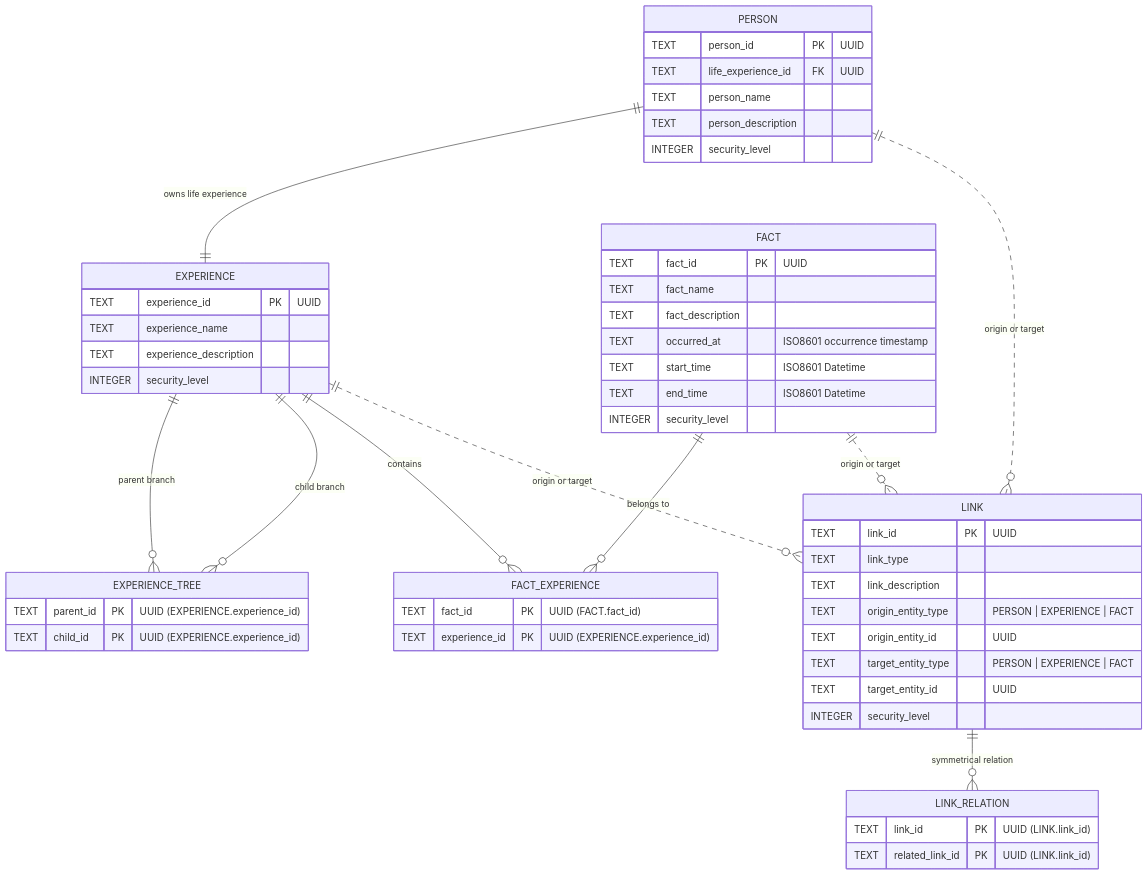
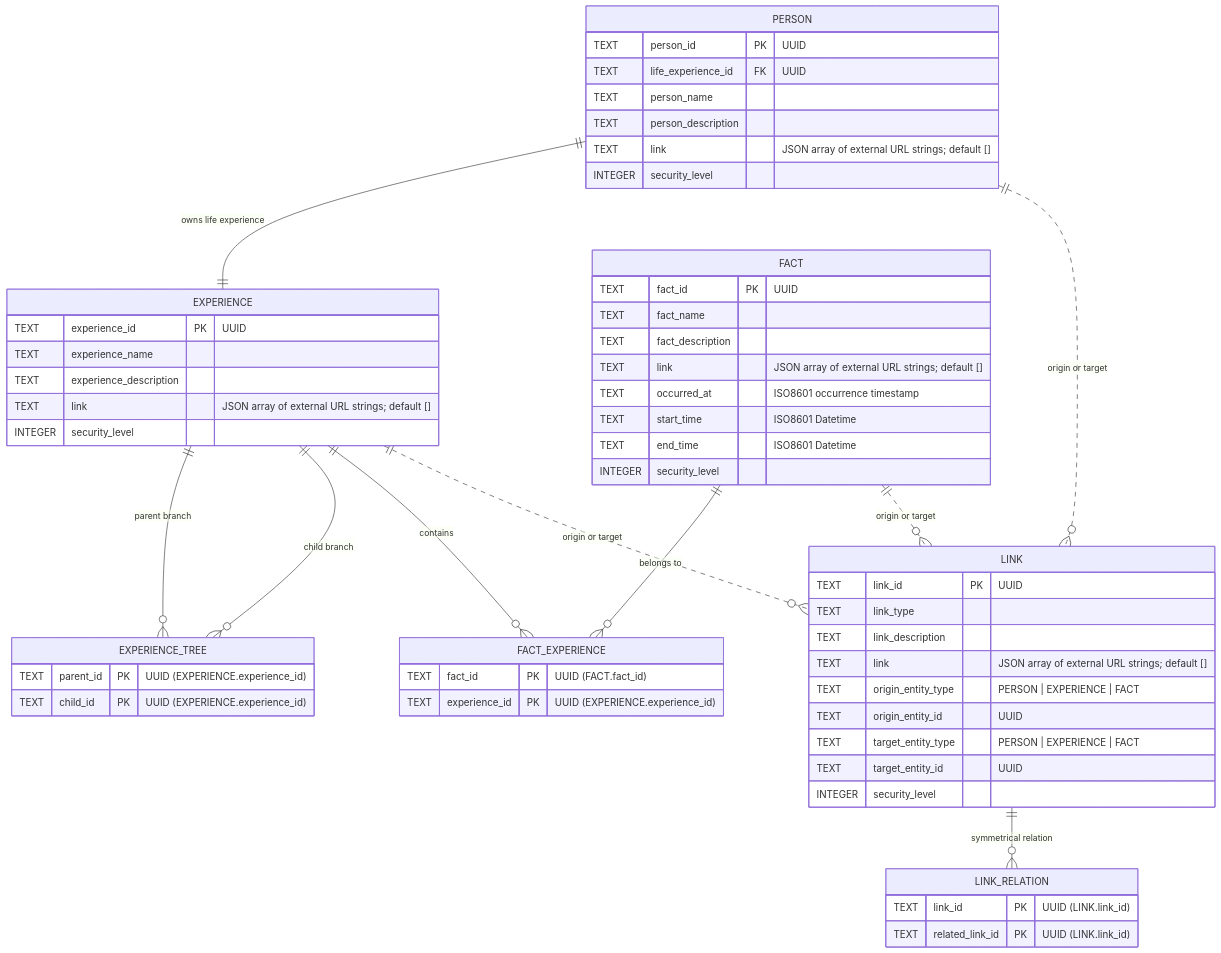
The diagram in docs/arch/00-hasm-model-structure.md (HibiyaHaraki/hasm), drawn with Mermaid before and after one commit. The commit also changed other lines of this file and 32 other files, not shown here.

````diff
--- a/docs/arch/00-hasm-model-structure.md
+++ b/docs/arch/00-hasm-model-structure.md
@@ -53,64 +57,68 @@
 ```mermaid
 erDiagram
     PERSON {
         TEXT person_id PK "UUID"
         TEXT life_experience_id FK "UUID"
         TEXT person_name
         TEXT person_description
+        TEXT link "JSON array of external URL strings; default []"
         INTEGER security_level
     }
 
     EXPERIENCE {
         TEXT experience_id PK "UUID"
         TEXT experience_name
         TEXT experience_description
+        TEXT link "JSON array of external URL strings; default []"
         INTEGER security_level
     }
 
     EXPERIENCE_TREE {
         TEXT parent_id PK "UUID (EXPERIENCE.experience_id)"
         TEXT child_id PK "UUID (EXPERIENCE.experience_id)"
     }
 
     FACT {
         TEXT fact_id PK "UUID"
         TEXT fact_name
         TEXT fact_description
+        TEXT link "JSON array of external URL strings; default []"
         TEXT occurred_at "ISO8601 occurrence timestamp"
         TEXT start_time "ISO8601 Datetime"
         TEXT end_time "ISO8601 Datetime"
         INTEGER security_level
     }
 
     FACT_EXPERIENCE {
         TEXT fact_id PK "UUID (FACT.fact_id)"
         TEXT experience_id PK "UUID (EXPERIENCE.experience_id)"
     }
 
     LINK {
         TEXT link_id PK "UUID"
         TEXT link_type
         TEXT link_description
+        TEXT link "JSON array of external URL strings; default []"
         TEXT origin_entity_type "PERSON | EXPERIENCE | FACT"
         TEXT origin_entity_id "UUID"
         TEXT target_entity_type "PERSON | EXPERIENCE | FACT"
         TEXT target_entity_id "UUID"
         INTEGER security_level
     }
 
     LINK_RELATION {
         TEXT link_id PK "UUID (LINK.link_id)"
         TEXT related_link_id PK "UUID (LINK.link_id)"
     }
 
     PERSON ||--|| EXPERIENCE : "owns life experience"
     EXPERIENCE ||--o{ EXPERIENCE_TREE : "parent branch"
     EXPERIENCE ||--o{ EXPERIENCE_TREE : "child branch"
     FACT ||--o{ FACT_EXPERIENCE : "belongs to"
     EXPERIENCE ||--o{ FACT_EXPERIENCE : "contains"
     PERSON ||..o{ LINK : "origin or target"
     EXPERIENCE ||..o{ LINK : "origin or target"
     FACT ||..o{ LINK : "origin or target"
     LINK ||--o{ LINK_RELATION : "symmetrical relation"
 
 ```
````
